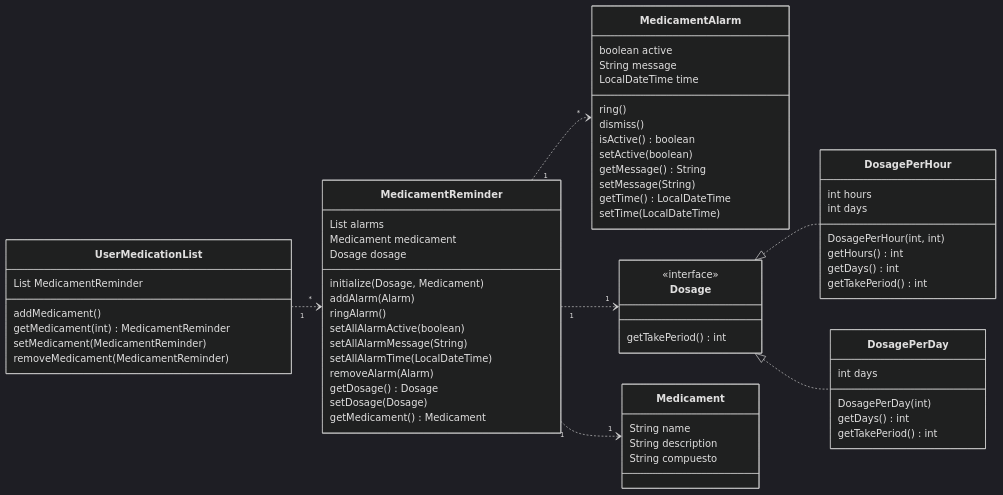
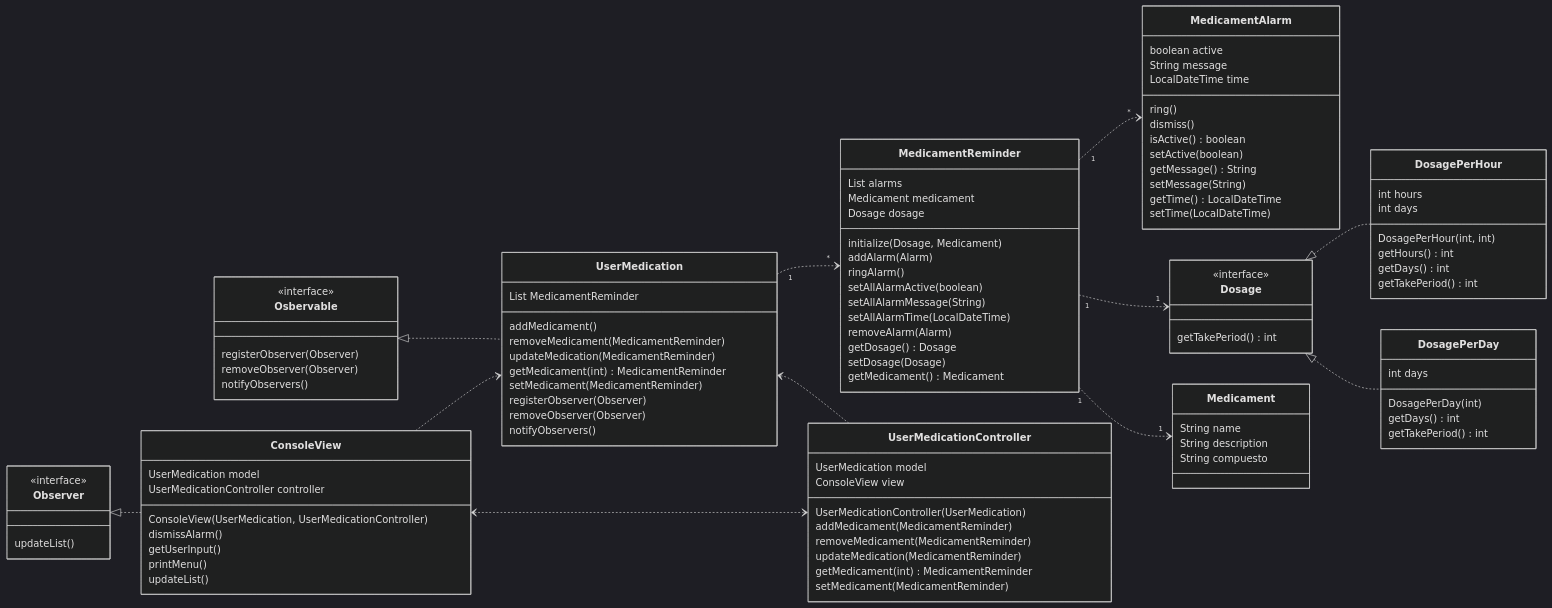
One commit to jeusmatthew/Medication-System changed the diagram in docs/2. Requirements/Abstraction.md. Above: the diagram before and after it, drawn with Mermaid (dark theme).

Commit message:
Refactor class diagram and add MVC pattern

````diff
--- a/docs/2. Requirements/Abstraction.md
+++ b/docs/2. Requirements/Abstraction.md
@@ -5,7 +5,7 @@
 ```mermaid
-    classDiagram
+classDiagram
     direction LR
-    UserMedicationList "1" ..> "*" MedicamentReminder
+    UserMedication "1" ..> "*" MedicamentReminder
     MedicamentReminder "1" ..> "*" MedicamentAlarm 
     MedicamentReminder "1" ..> "1" Dosage
     MedicamentReminder "1" ..> "1" Medicament
@@ -14,14 +14,19 @@
     Dosage <|.. DosagePerDay
 
 
-    class UserMedicationList{
+    class UserMedication{
         List MedicamentReminder
 
+        %% CRUD
         addMedicament()
+        removeMedicament(MedicamentReminder)
+        updateMedication(MedicamentReminder)
         getMedicament(int) MedicamentReminder
         setMedicament(MedicamentReminder)
-        removeMedicament(MedicamentReminder)
 
+        registerObserver(Observer)
+        removeObserver(Observer)
+        notifyObservers()
     }
 
     class MedicamentReminder{
@@ -31,13 +36,18 @@
 
         initialize(Dosage, Medicament) 
 
+        %% CRUD ALARMS
+        %% Create
         addAlarm(Alarm)
+        %% Read
         ringAlarm()
 
+        %% Update
         setAllAlarmActive(boolean)
         setAllAlarmMessage(String)
         setAllAlarmTime(LocalDateTime)
         
+        %% Delete
         removeAlarm(Alarm)
 
         getDosage() Dosage
@@ -98,5 +108,52 @@
         String compuesto
     }
 
+%% MVC
+    Osbervable <|.. UserMedication
+    Observer <|.. ConsoleView
+
+    UserMedication<..UserMedicationController
+    ConsoleView<..>UserMedicationController
+
+    ConsoleView..>UserMedication
+
+
+    class Osbervable {
+        registerObserver(Observer)
+        removeObserver(Observer)
+        notifyObservers()
+    }
+    <<interface>> Osbervable
+
+    class Observer{
+        updateList()
+    }
+    <<interface>> Observer
+
+    class UserMedicationController{
+        UserMedication model
+        ConsoleView view
+
+        UserMedicationController(UserMedication)
+
+        addMedicament(MedicamentReminder)
+        removeMedicament(MedicamentReminder)
+        updateMedication(MedicamentReminder)
+        getMedicament(int) MedicamentReminder
+        setMedicament(MedicamentReminder)
+
+    }
+
+    class ConsoleView{
+        UserMedication model
+        UserMedicationController controller
+
+        ConsoleView(UserMedication, UserMedicationController)
+
+        dismissAlarm()
+        getUserInput()
+        printMenu()
+        updateList()
+    }
 
 ```
````
